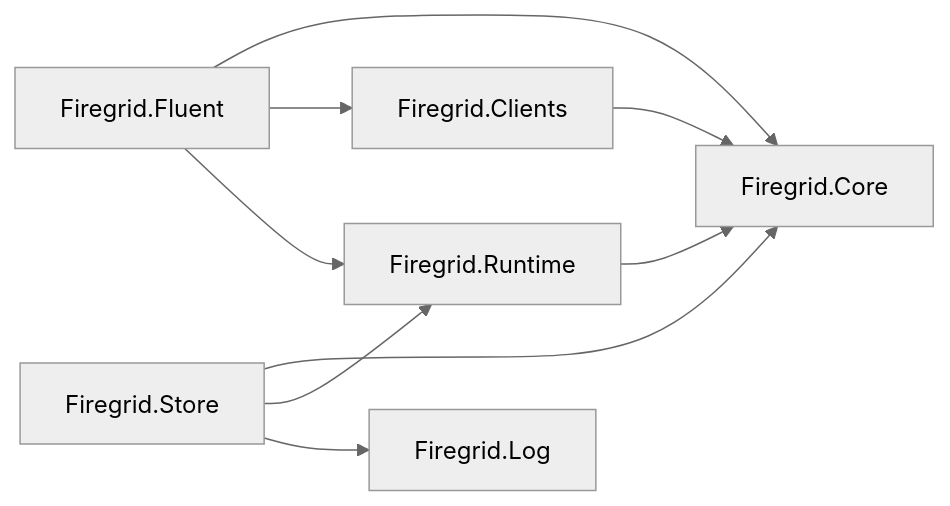
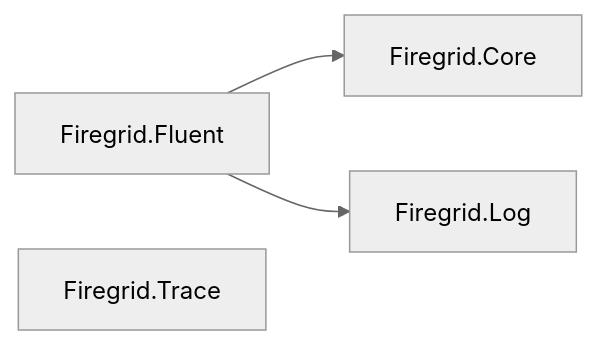
One commit to gurdasnijor/fluent-firegrid changed the first of 2 diagrams in docs/dependency-cruiser/current-package-structure.md. Above: the diagram before and after it, drawn with Mermaid (neutral theme). The commit also changed other lines of this file and 33 other files, not shown here.

````diff
--- a/docs/dependency-cruiser/current-package-structure.md
+++ b/docs/dependency-cruiser/current-package-structure.md
@@ -153,19 +137,11 @@
 ```mermaid
 flowchart LR
 
   fluent["Firegrid.Fluent"]
-  clients["Firegrid.Clients"]
-  store["Firegrid.Store"]
-  runtime["Firegrid.Runtime"]
   core["Firegrid.Core"]
   log["Firegrid.Log"]
+  trace["Firegrid.Trace"]
 
   fluent --> core
-  fluent --> clients
-  fluent --> runtime
-  clients --> core
-  store --> core
-  store --> runtime
-  store --> log
-  runtime --> core
+  fluent --> log
 ```
````
